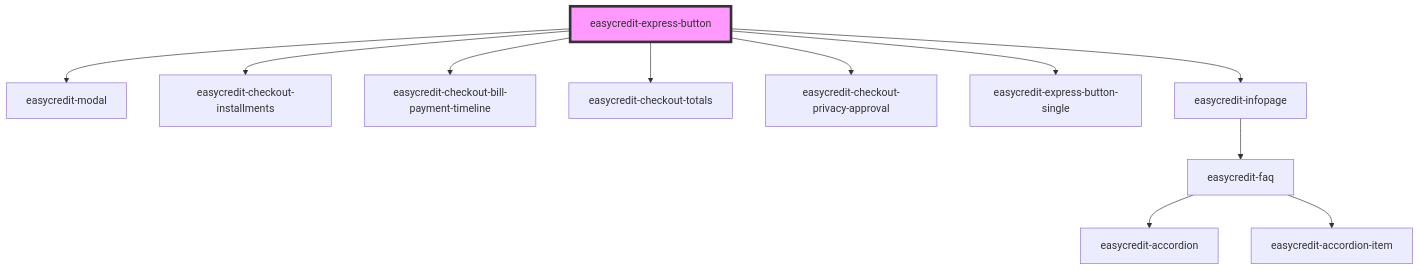
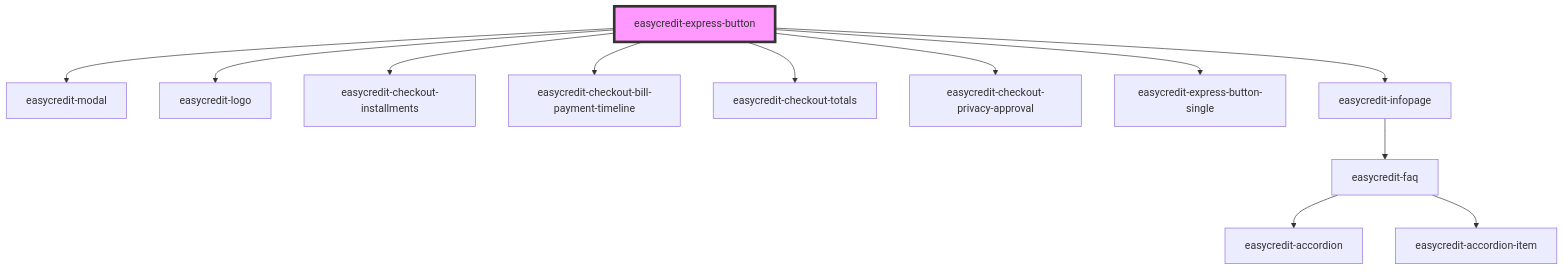
Before and after one commit to teambank/easycredit-webcomponents: the diagram in src/components/easycredit-express-button/readme.md, drawn with Mermaid. The commit also changed other lines of this file and 13 other files, not shown here.

Commit message:
optimised checkout modal (express button) layout and applied bugfixes, including to related components

````diff
--- a/src/components/easycredit-express-button/readme.md
+++ b/src/components/easycredit-express-button/readme.md
@@ -32,14 +33,15 @@
 ```mermaid
 graph TD;
   easycredit-express-button --> easycredit-modal
+  easycredit-express-button --> easycredit-logo
   easycredit-express-button --> easycredit-checkout-installments
   easycredit-express-button --> easycredit-checkout-bill-payment-timeline
   easycredit-express-button --> easycredit-checkout-totals
   easycredit-express-button --> easycredit-checkout-privacy-approval
   easycredit-express-button --> easycredit-express-button-single
   easycredit-express-button --> easycredit-infopage
   easycredit-infopage --> easycredit-faq
   easycredit-faq --> easycredit-accordion
   easycredit-faq --> easycredit-accordion-item
   style easycredit-express-button fill:#f9f,stroke:#333,stroke-width:4px
 ```
````
